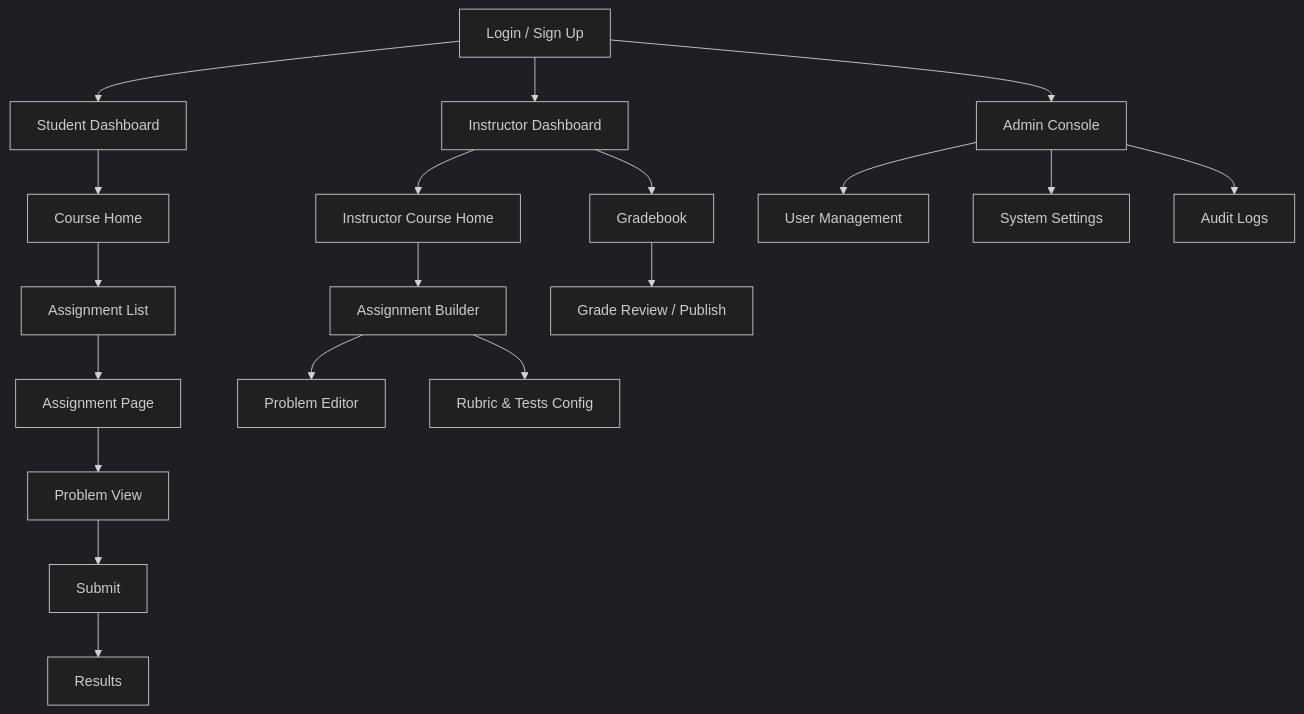
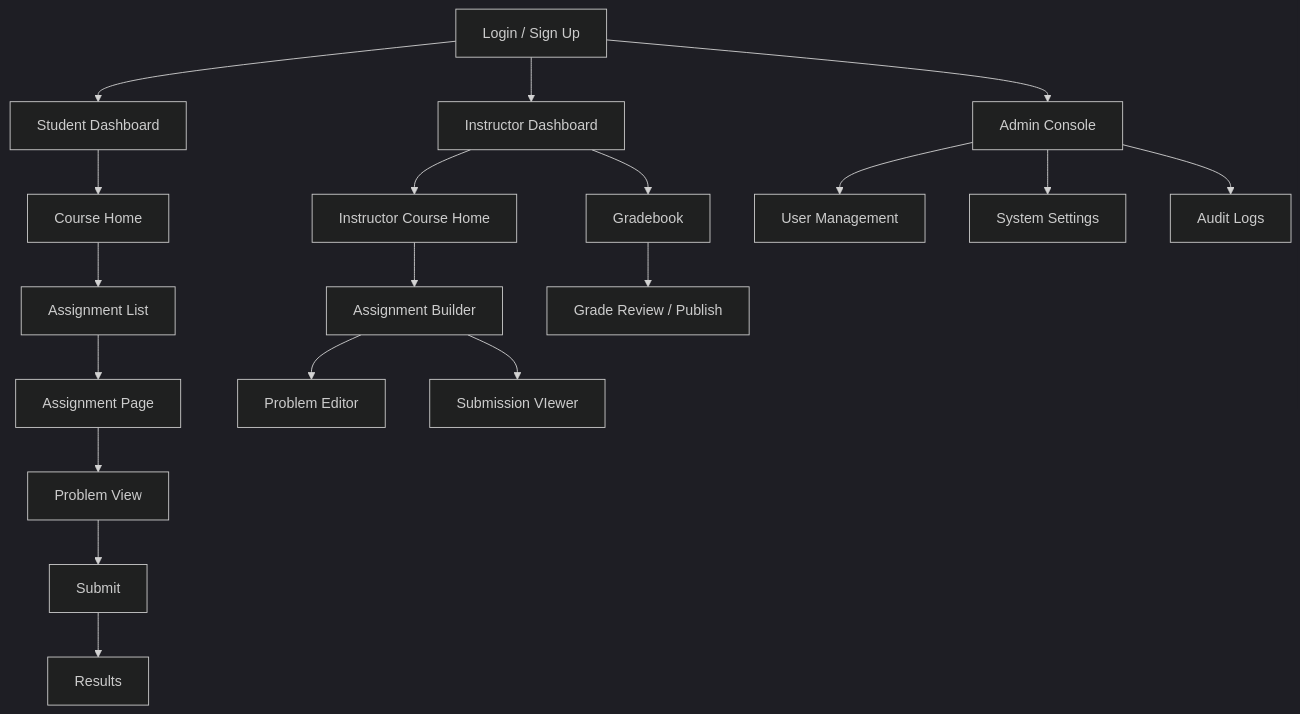
One commit to MapleDrizzle/f25-cisc474-individual changed the diagram in apps/docs/public/sitemap.md. Above: the diagram before and after it, drawn with Mermaid (dark theme).

````diff
--- a/apps/docs/public/sitemap.md
+++ b/apps/docs/public/sitemap.md
@@ -4,25 +4,25 @@
 ```mermaid
 flowchart TD
     L[Login / Sign Up] --> D[Student Dashboard]
     L --> ID[Instructor Dashboard]
     L --> AD[Admin Console]
 
     D --> C[Course Home]
     C --> A[Assignment List]
     A --> AP[Assignment Page]
     AP --> P[Problem View]
     P --> S[Submit]
     S --> R[Results]
 
     ID --> IC[Instructor Course Home]
     IC --> IA[Assignment Builder]
     IA --> IP[Problem Editor]
-    IA --> IR[Rubric & Tests Config]
+    IA --> IS[Submission VIewer]
 
     ID --> G[Gradebook]
     G --> GR[Grade Review / Publish]
 
     AD --> U[User Management]
     AD --> SYS[System Settings]
     AD --> AUD[Audit Logs]
 ```
````
